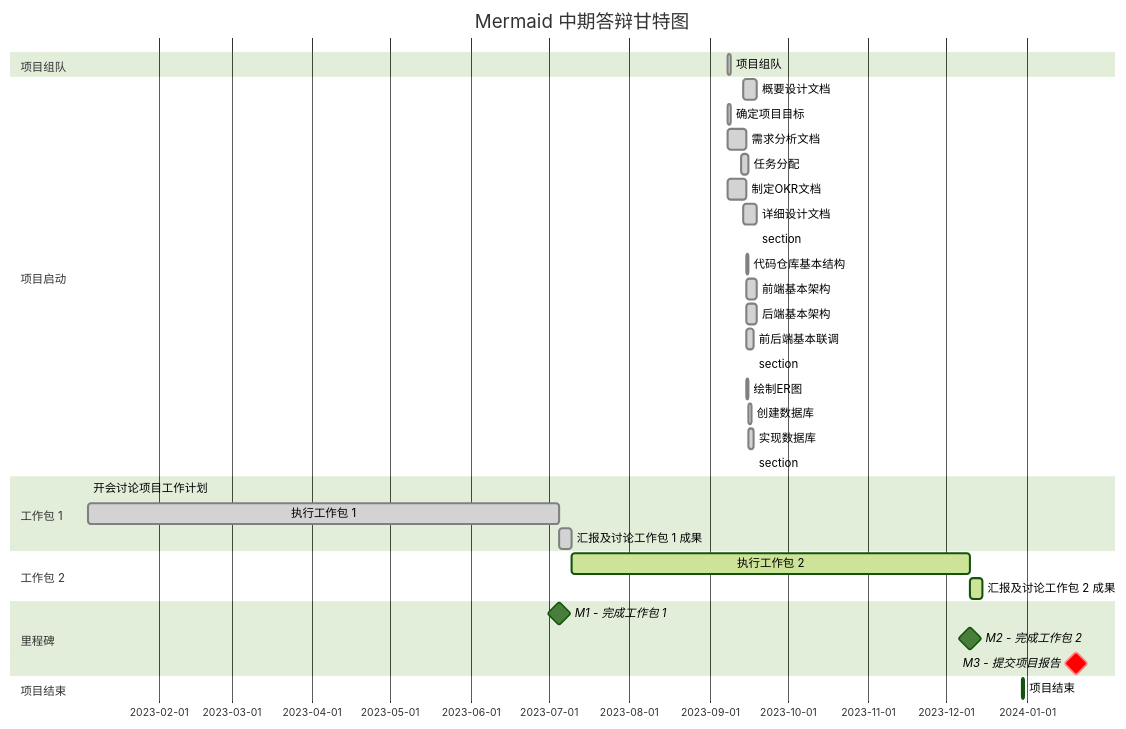
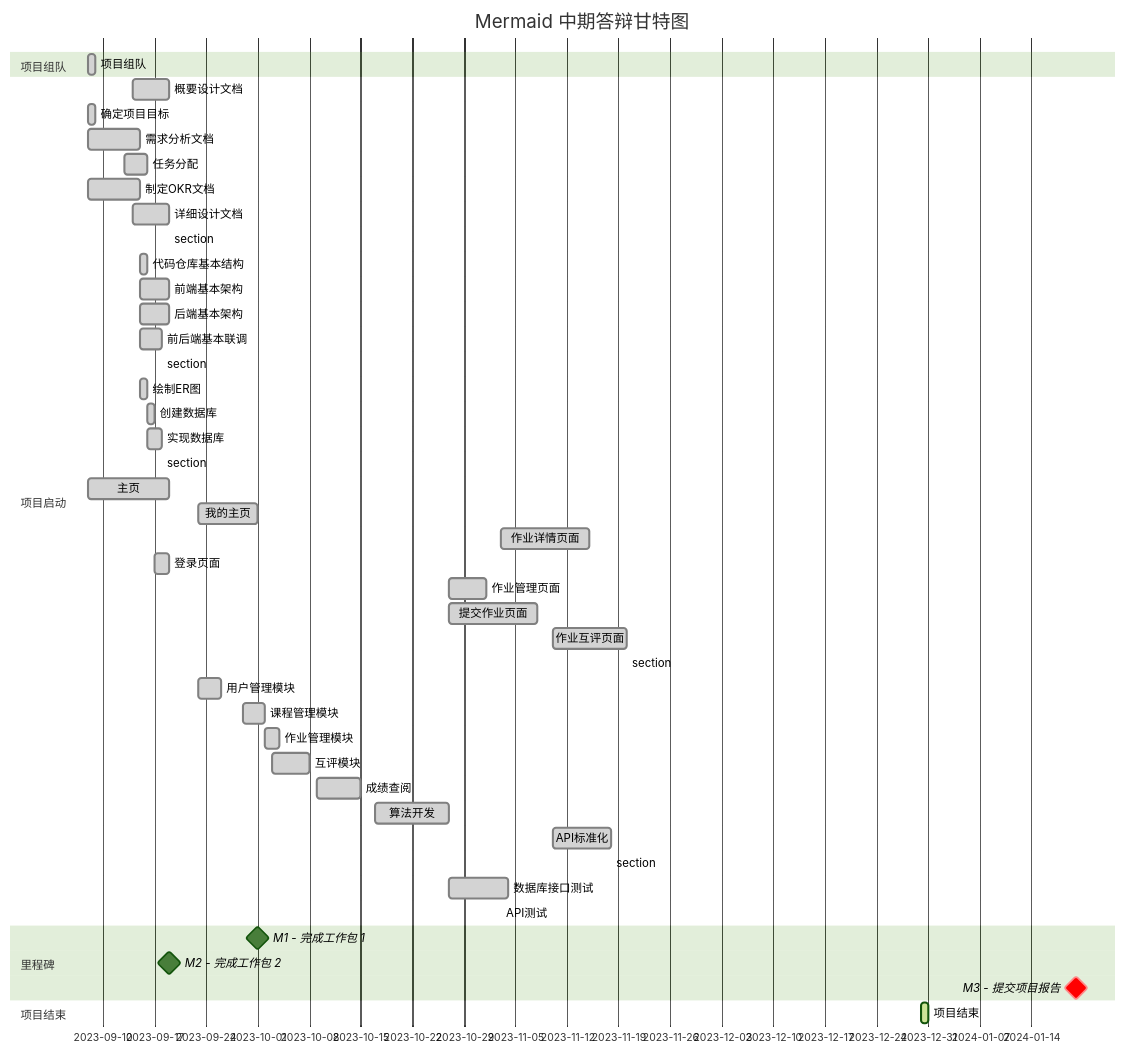
Before and after one commit to XuYiHan30319/Obsidian: the diagram in 大三上学期/实训/中期答辩.md, drawn with Mermaid (forest theme).

Commit message:
vault backup: 2023-11-20 08:55:00

````diff
--- a/大三上学期/实训/中期答辩.md
+++ b/大三上学期/实训/中期答辩.md
@@ -1,54 +1,64 @@
 ```mermaid
 gantt
 
 	title Mermaid 中期答辩甘特图
 	%% 起止日期语法格式
    	dateFormat  YYYY-MM-DD
    	%% 最下方时间轴日期格式
 	axisFormat %Y-%m-%d
 	%% 表示今天标记的显示样式
 	todayMarker stroke-width:3px,stroke:#FBBC05,opacity:0.6
 
 	%% 定义任务分类/区
 	section 项目组队
 	项目组队: done,a0,2023/09/08,1d
 
 	section 项目启动
 	概要设计文档: done,2023/09/14,5d
 	确定项目目标: done ,2023/09/08,1d
 	需求分析文档: done , 2023/09/08, 7d
 	任务分配 : done, 2023/09/13,3d
 	制定OKR文档: done, 2023/09/08, 7d
 	详细设计文档: done, 2023/09/14, 5d
 
 	section: 确定工作流
 	代码仓库基本结构: done, 2023/09/15, 1d
 	前端基本架构: done, 2023/09/15, 4d
 	后端基本架构: done, 2023/09/15,4d
 	前后端基本联调: done, 2023/09/15, 3d
 
 	section: 数据库设计
 	绘制ER图: done, 2023/09/15,1d
 	创建数据库: done, 2023/09/16,1d
 	实现数据库: done,2023/09/16,2d
 
 	section: 前端开发
-	
-	
-	section 工作包 1
-	开会讨论项目工作计划: done, a1, after a0, 2023-01-05
-	执行工作包 1: done, a2, after a1, 6M
-	汇报及讨论工作包 1 成果: done, a3, after a2, 5d
+	主页: done,2023/09/08,11d
+	我的主页:done,2023/09/23,8d
+	作业详情页面:done,2023/11/03,12d
+	登录页面: done,2023/09/17,2d
+	作业管理页面: done,2023/10/27,5d
+	提交作业页面: done,2023/10/27,12d
+	作业互评页面: done, 2023/11/10,10d
 
-    section 工作包 2
-    执行工作包 2: active, a4, after a3, 5M
-	汇报及讨论工作包 2 成果: active, a5, after a4, 5d
-    
+	section: 后端开发
+	用户管理模块: done,2023/09/23,3d
+	课程管理模块: done,2023/09/29,3d
+	作业管理模块: done,2023/10/2,2d
+	互评模块: done,2023/10/03,5d
+	成绩查阅: done,2023/10/09,6d
+	算法开发: done,2023/10/17,10d
+	API标准化: done,2023/11/10,8d
+
+	section: 后端测试
+	数据库接口测试: done,2023/10/27,8d
+	API测试: crit,active, 2023/11/03,
+
     section 里程碑
 	M1 - 完成工作包 1: milestone, after a2, 0d
 	M2 - 完成工作包 2: milestone, after a4, 0d
 	M3 - 提交项目报告: crit, milestone, 2024-01-20, 0d
 	
 	section 项目结束
 	项目结束: active, 2023-12-30, 1d
 ```
````
